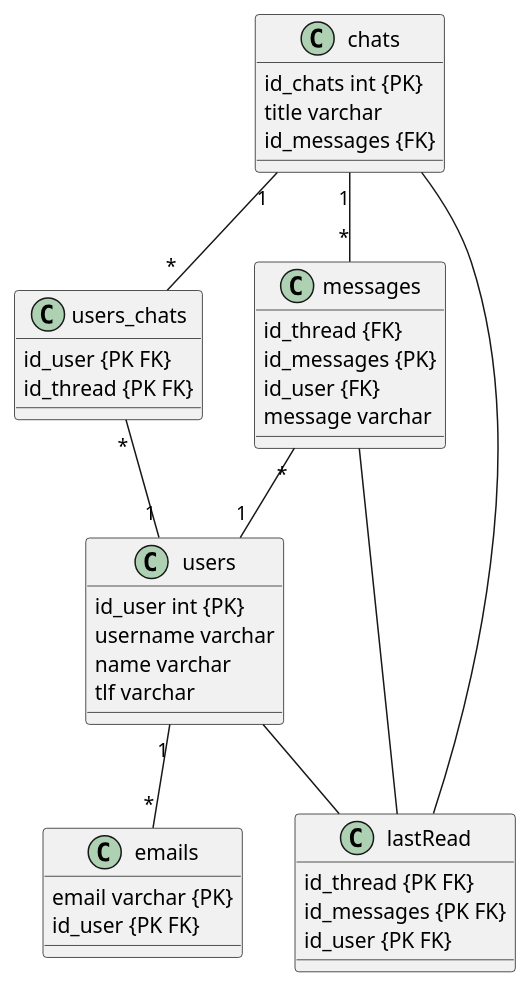
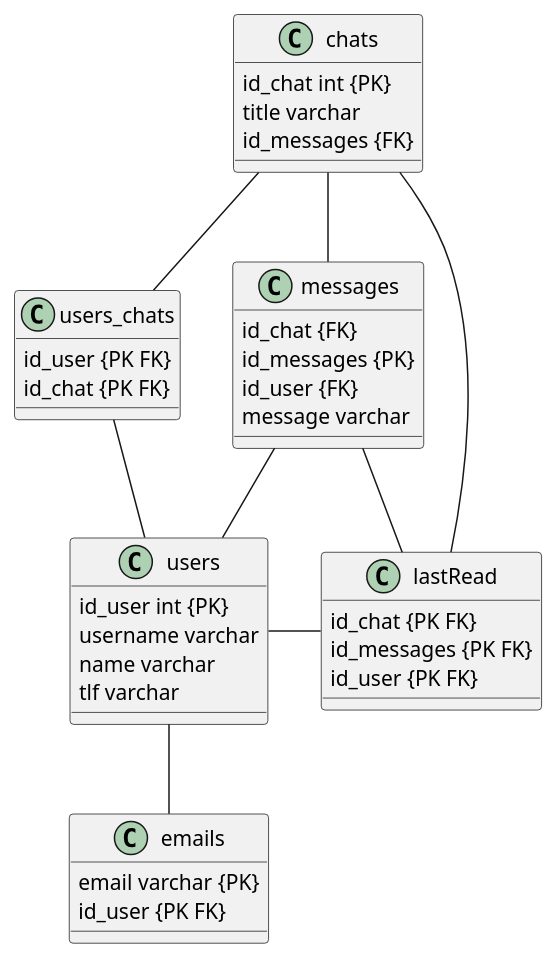
Before and after one commit to freebattie/pg209exam-freebattie: the diagram in documentation/db_ER-model.puml, drawn with PlantUML. The commit also changed 3 other files, not shown here.

Commit message:
Added new tables "chats" and "messages"

```diff
--- a/documentation/db_ER-model.puml
+++ b/documentation/db_ER-model.puml
@@ -1,51 +1,52 @@
 @startuml
 'https://plantuml.com/class-diagram
 
-chats "1" -- "*" users_chats
-chats "1" -- "*" messages
-messages "*" -- "1" users
+chats  --  users_chats
+chats -- messages
+chats --- lastRead
 
-users_chats "*" -- "1" users
-users "1" -- "*" emails
+users_chats -- users
 
-chats -- lastRead
+messages -- users
 messages -- lastRead
-users -- lastRead
+
+users - lastRead
+users -- emails
 
 class chats{
-    id_chats int {PK}
+    id_chat int {PK}
     title varchar
     id_messages {FK}
 }
 
 class users_chats{
     id_user {PK FK}
-    id_thread {PK FK}
+    id_chat {PK FK}
 }
 
 class messages {
-    id_thread {FK}
+    id_chat {FK}
     id_messages {PK}
     id_user {FK}
     message varchar
 }
 
 class lastRead{
-    id_thread {PK FK}
+    id_chat {PK FK}
     id_messages {PK FK}
     id_user {PK FK}
 }
 
 class users {
     id_user int {PK}
     username varchar
     name varchar
     tlf varchar
 }
 
 class emails {
     email varchar {PK}
     id_user {PK FK}
 }
 
 @enduml
```
